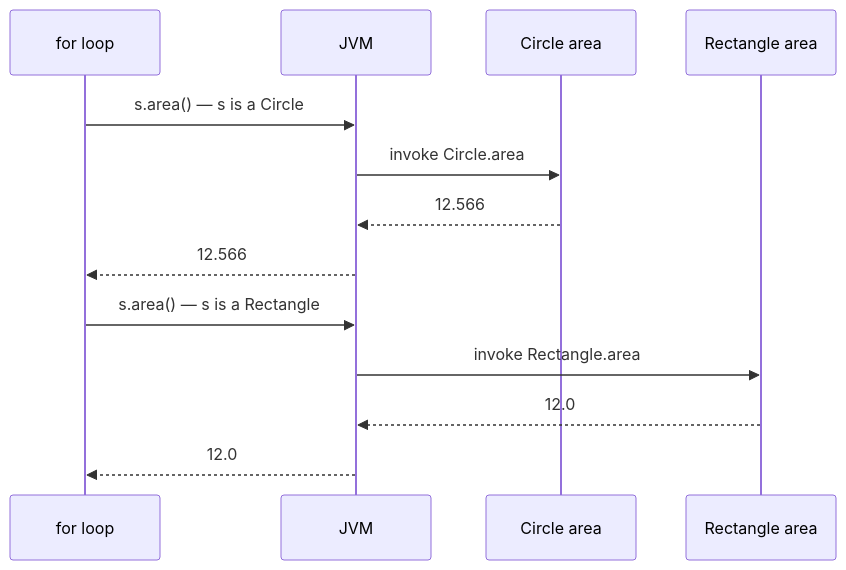
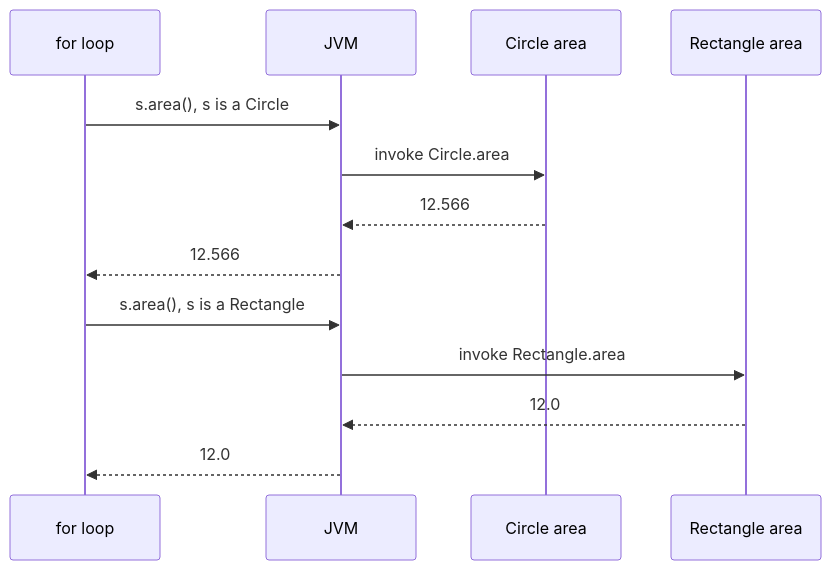
Before and after one commit to dataslope/dataslope: the second of 2 diagrams in content/courses/java-programming-for-beginners/inheritance-and-polymorphism.mdx, drawn with Mermaid. The commit also changed other lines of this file and 1206 other files, not shown here.

````diff
--- a/content/courses/java-programming-for-beginners/inheritance-and-polymorphism.mdx
+++ b/content/courses/java-programming-for-beginners/inheritance-and-polymorphism.mdx
@@ -160,16 +160,16 @@
 ```mermaid
 sequenceDiagram
     participant Iter as for loop
     participant JVM
     participant C as Circle area
     participant R as Rectangle area
-    Iter->>JVM: s.area() — s is a Circle
+    Iter->>JVM: s.area(), s is a Circle
     JVM->>C: invoke Circle.area
     C-->>JVM: 12.566
     JVM-->>Iter: 12.566
 
-    Iter->>JVM: s.area() — s is a Rectangle
+    Iter->>JVM: s.area(), s is a Rectangle
     JVM->>R: invoke Rectangle.area
     R-->>JVM: 12.0
     JVM-->>Iter: 12.0
 ```
````
